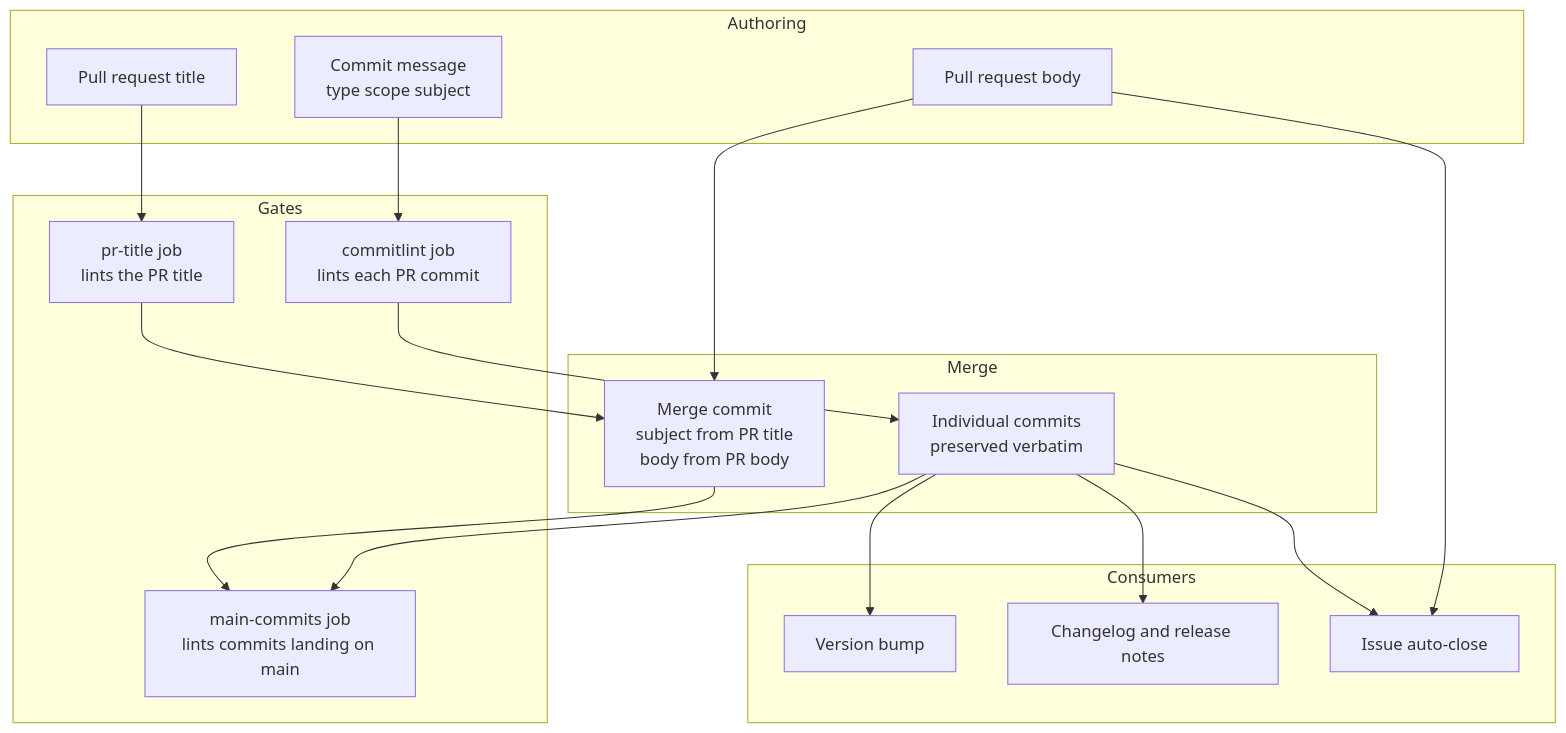
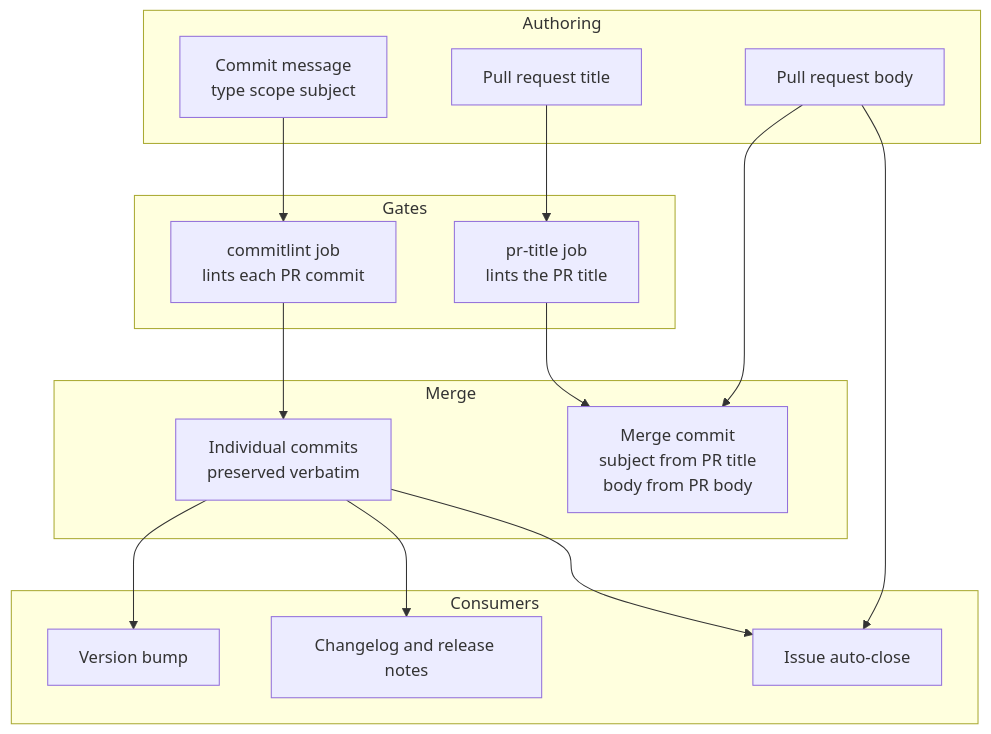
Before and after one commit to paragon-stats/homecoming-build-companion: the first of 2 diagrams in docs/automation/commit-message-workflow.md, drawn with Mermaid. The commit also changed other lines of this file and 1 other file, not shown here.

First line of the commit message:
ci(commitlint): drop the push-only main-commits job

````diff
--- a/docs/automation/commit-message-workflow.md
+++ b/docs/automation/commit-message-workflow.md
@@ -12,35 +12,32 @@
 ```mermaid
 flowchart TD
     subgraph Authoring
         CM[Commit message<br/>type scope subject]
         PT[Pull request title]
         PB[Pull request body]
     end
 
     subgraph Gates
         CL[commitlint job<br/>lints each PR commit]
         PL[pr-title job<br/>lints the PR title]
-        ML[main-commits job<br/>lints commits landing on main]
     end
 
     subgraph Merge
         MC[Merge commit<br/>subject from PR title<br/>body from PR body]
         HIST[Individual commits<br/>preserved verbatim]
     end
 
     subgraph Consumers
         VER[Version bump]
         CHG[Changelog and release notes]
         ISS[Issue auto-close]
     end
 
     CM --> CL --> HIST
     PT --> PL --> MC
     PB --> MC
-    MC --> ML
-    HIST --> ML
     HIST --> VER
     HIST --> CHG
     HIST --> ISS
     PB --> ISS
 ```
````
